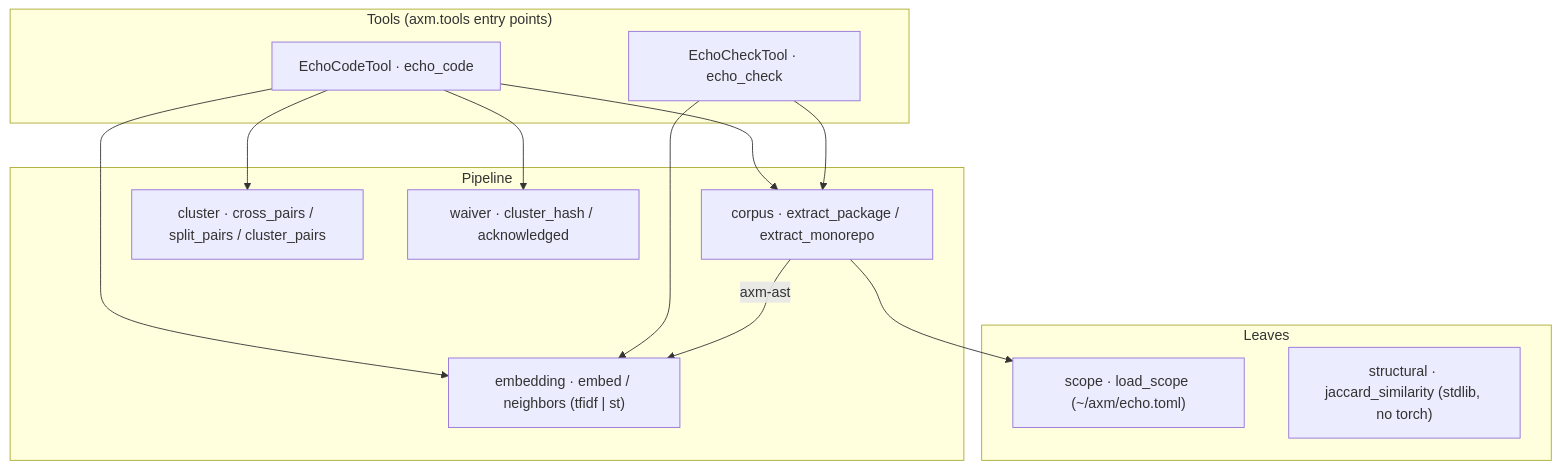
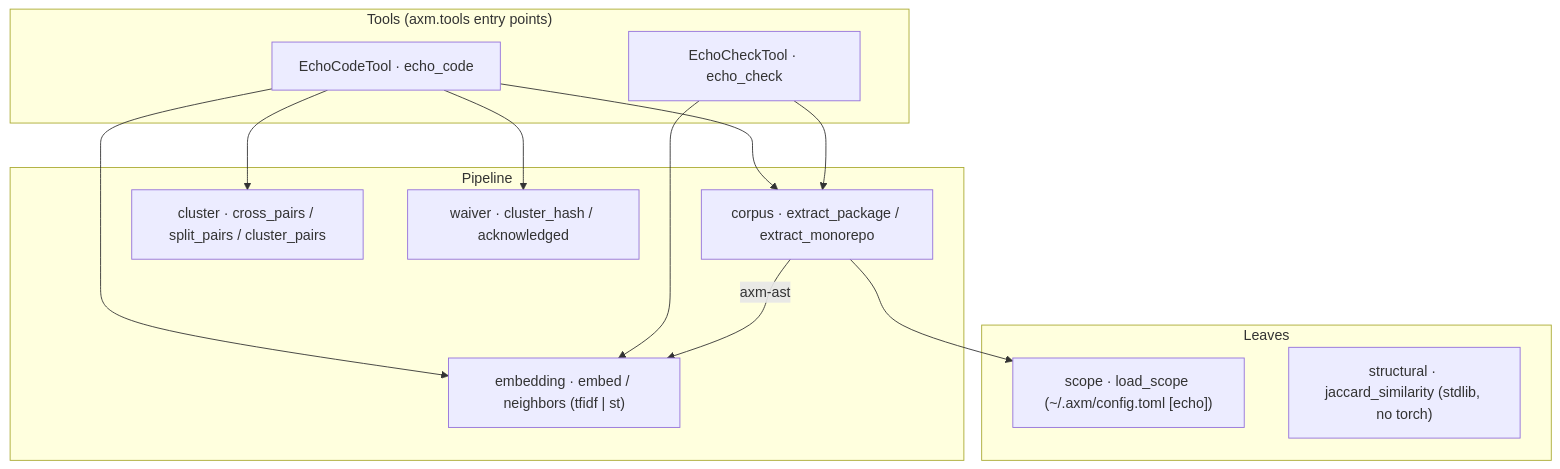
The diagram in packages/axm-echo/docs/explanation/architecture.md (axm-protocols/axm-forge), drawn with Mermaid before and after one commit. The commit also changed other lines of this file and 16 other files, not shown here.

First line of the commit message:
refactor(axm-echo): delegate workspace_roots config to axm-config

````diff
--- a/packages/axm-echo/docs/explanation/architecture.md
+++ b/packages/axm-echo/docs/explanation/architecture.md
@@ -9,28 +9,28 @@
 ```mermaid
 graph TD
     subgraph "Tools (axm.tools entry points)"
         EchoCode["EchoCodeTool · echo_code"]
         EchoCheck["EchoCheckTool · echo_check"]
     end
 
     subgraph "Pipeline"
         Corpus["corpus · extract_package / extract_monorepo"]
         Embedding["embedding · embed / neighbors (tfidf | st)"]
         Cluster["cluster · cross_pairs / split_pairs / cluster_pairs"]
         Waiver["waiver · cluster_hash / acknowledged"]
     end
 
     subgraph "Leaves"
-        Scope["scope · load_scope (~/axm/echo.toml)"]
+        Scope["scope · load_scope (~/.axm/config.toml [echo])"]
         Structural["structural · jaccard_similarity (stdlib, no torch)"]
     end
 
     EchoCode --> Corpus
     EchoCode --> Embedding
     EchoCode --> Cluster
     EchoCode --> Waiver
     EchoCheck --> Corpus
     EchoCheck --> Embedding
     Corpus --> Scope
     Corpus -->|axm-ast| Embedding
 ```
````
